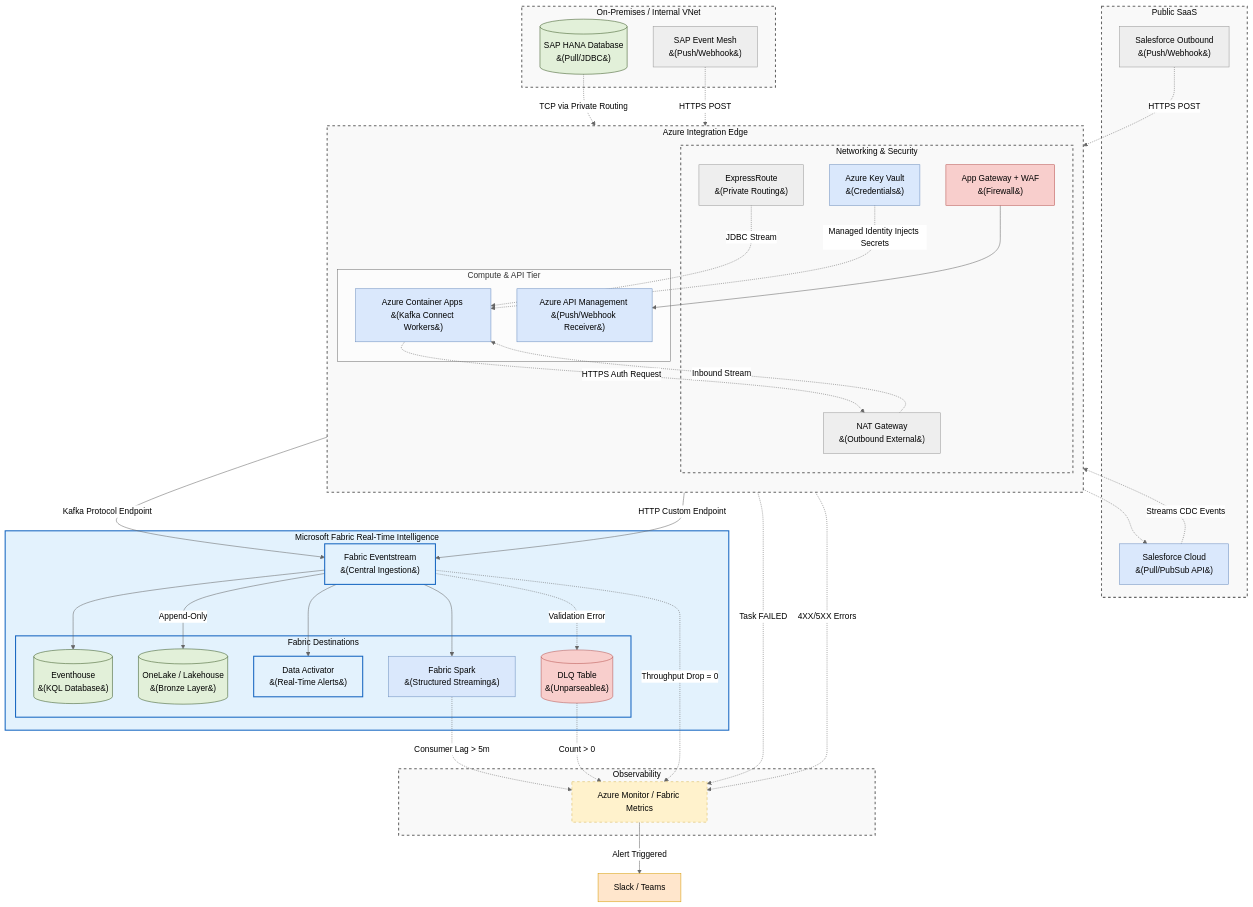
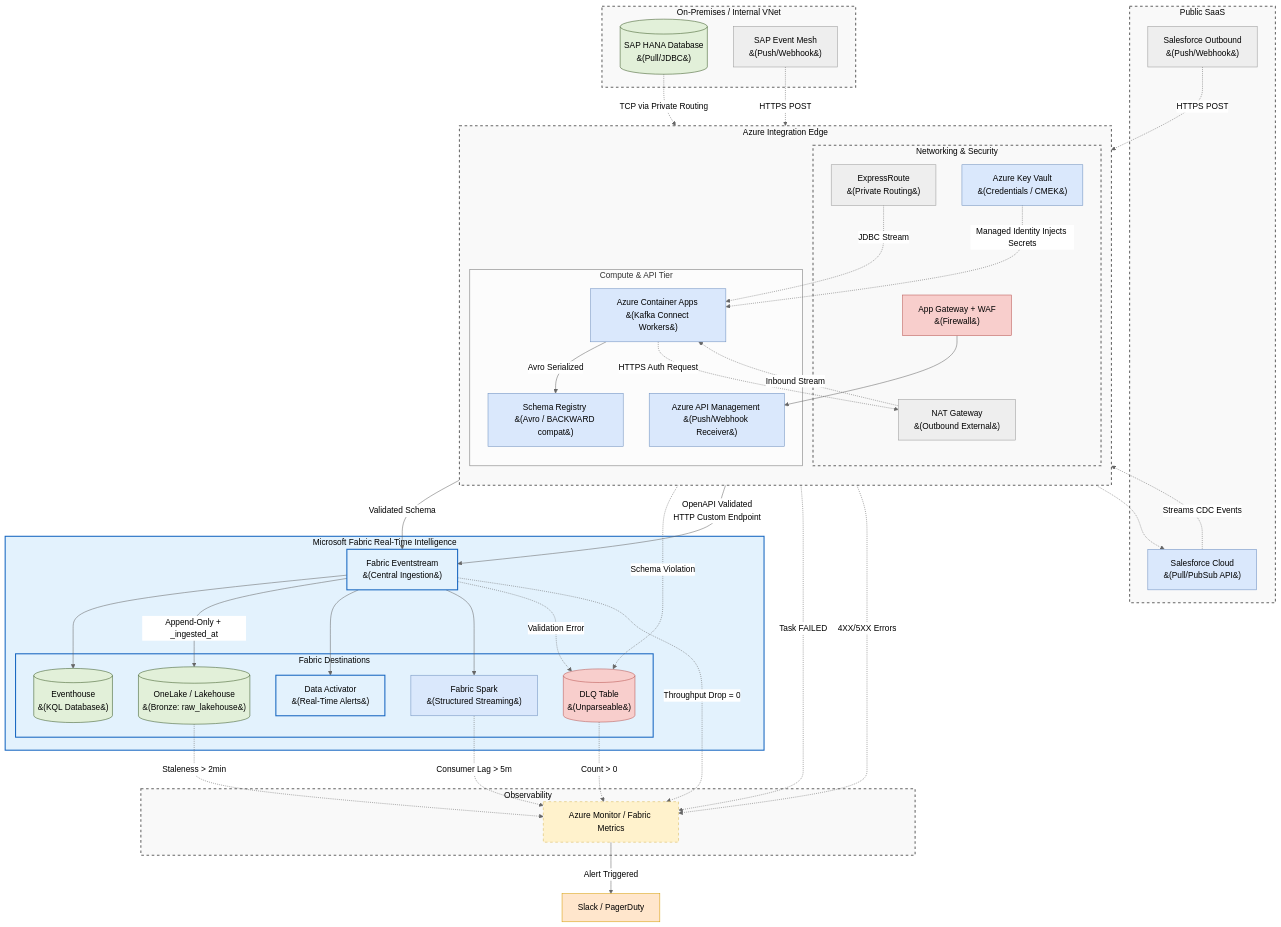
Before and after one commit to toanbui626391/data_architect: the diagram in azure/fabric_unified_realtime_ingestion_architecture.md, drawn with Mermaid (neutral theme). The commit also changed other lines of this file, not shown here.

```diff
--- a/azure/fabric_unified_realtime_ingestion_architecture.md
+++ b/azure/fabric_unified_realtime_ingestion_architecture.md
@@ -39,11 +39,12 @@
             ExpressRoute["ExpressRoute <br>&#40;Private Routing&#41;"]
             NATGW["NAT Gateway <br>&#40;Outbound External&#41;"]
             AppGateway["App Gateway + WAF <br>&#40;Firewall&#41;"]
-            KeyVault["Azure Key Vault <br>&#40;Credentials&#41;"]
+            KeyVault["Azure Key Vault <br>&#40;Credentials / CMEK&#41;"]
         end
 
         subgraph IngestionTier [Compute & API Tier]
             ACA["Azure Container Apps <br>&#40;Kafka Connect Workers&#41;"]
+            SchemaRegistry["Schema Registry <br>&#40;Avro / BACKWARD compat&#41;"]
             APIM["Azure API Management <br>&#40;Push/Webhook Receiver&#41;"]
         end
     end
@@ -54,7 +55,7 @@
         
         subgraph Destinations [Fabric Destinations]
             Eventhouse[("Eventhouse <br>&#40;KQL Database&#41;")]
-            Lakehouse[("OneLake / Lakehouse <br>&#40;Bronze Layer&#41;")]
+            Lakehouse[("OneLake / Lakehouse <br>&#40;Bronze: raw_lakehouse&#41;")]
             DataActivator["Data Activator <br>&#40;Real-Time Alerts&#41;"]
             FabricSpark["Fabric Spark <br>&#40;Structured Streaming&#41;"]
             DLQ[("DLQ Table <br>&#40;Unparseable&#41;")]
@@ -67,7 +68,7 @@
     end
 
     %% Notification Target
-    Notification["Slack / Teams"]
+    Notification["Slack / PagerDuty"]
 
     %% Data Flow (Pull Approach via Kafka Connect on ACA)
     SAPHana -.->|TCP via Private Routing| ExpressRoute
@@ -80,18 +81,20 @@
 
     KeyVault -.->|Managed Identity Injects Secrets| ACA
     
+    %% Schema Registry Validation
+    ACA -->|Avro Serialized| SchemaRegistry
+    SchemaRegistry -->|Validated Schema| Eventstream
+    SchemaRegistry -.->|Schema Violation| DLQ
+
     %% Data Flow (Push Approach via APIM)
     SAPEventMesh -.->|HTTPS POST| AppGateway
     SFDCOutbound -.->|HTTPS POST| AppGateway
     AppGateway --> APIM
-    
-    %% Aggregation into Fabric
-    ACA -->|Kafka Protocol Endpoint| Eventstream
-    APIM -->|HTTP Custom Endpoint| Eventstream
+    APIM -->|OpenAPI Validated <br>HTTP Custom Endpoint| Eventstream
     
     %% Routing in Fabric
     Eventstream --> Eventhouse
-    Eventstream -->|Append-Only| Lakehouse
+    Eventstream -->|Append-Only + _ingested_at| Lakehouse
     Eventstream --> DataActivator
     Eventstream --> FabricSpark
     Eventstream -.->|Validation Error| DLQ
@@ -102,6 +105,7 @@
     Eventstream -.->|Throughput Drop = 0| AzureMonitor
     FabricSpark -.->|Consumer Lag > 5m| AzureMonitor
     DLQ -.->|Count > 0| AzureMonitor
+    Lakehouse -.->|Staleness > 2min| AzureMonitor
     
     AzureMonitor -->|Alert Triggered| Notification
 
@@ -116,7 +120,7 @@
     classDef bad fill:#f8cecc,stroke:#b85450,stroke-width:1px,color:#000;
     
     class SAPHana,Eventhouse,Lakehouse storage;
-    class Salesforce,ACA,APIM,KeyVault,FabricSpark process;
+    class Salesforce,ACA,APIM,KeyVault,FabricSpark,SchemaRegistry process;
     class DLQ bad;
     class AppGateway edge;
     class AzureMonitor monitor;
```
